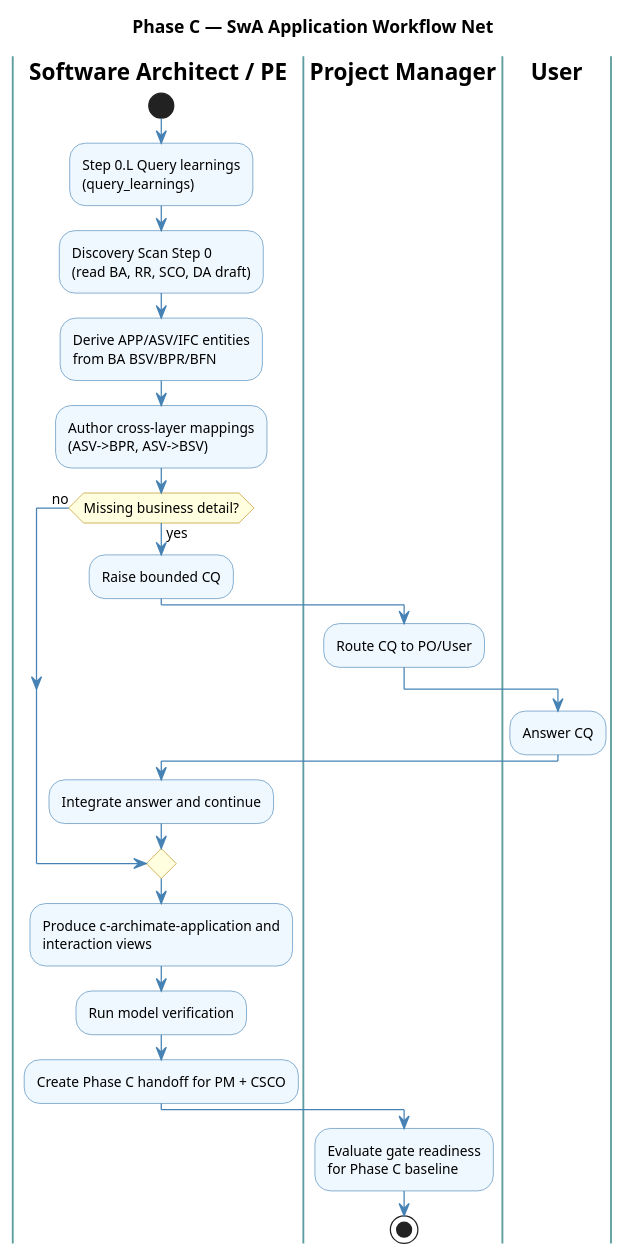
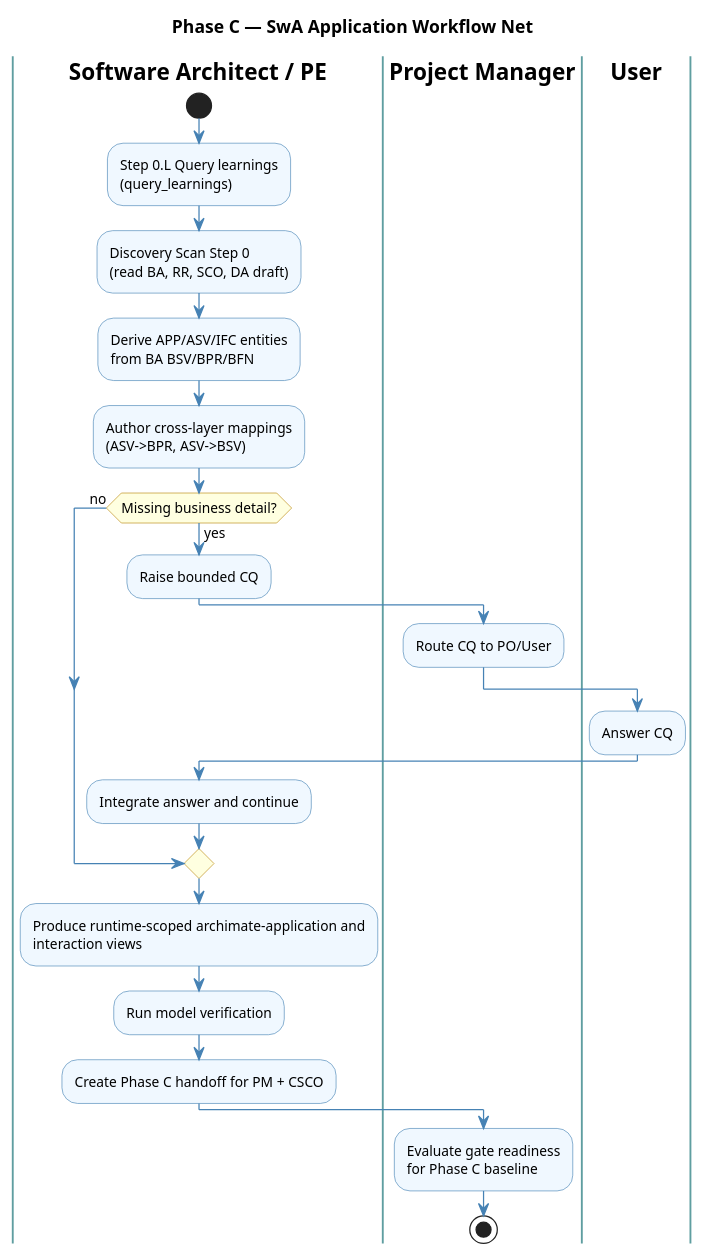
The diagram in engagements/ENG-001/work-repositories/architecture-repository/diagram-catalog/diagrams/c-activity-swa-phase-c-application-workflow-v1.puml (mbauer83/sdlc-multi-agent-system), drawn with PlantUML before and after one commit. The commit also changed 24 other files, not shown here.

Commit message:
Align runtime diagrams and enforce @@ connection ID contract

```diff
--- a/engagements/ENG-001/work-repositories/architecture-repository/diagram-catalog/diagrams/c-activity-swa-phase-c-application-workflow-v1.puml
+++ b/engagements/ENG-001/work-repositories/architecture-repository/diagram-catalog/diagrams/c-activity-swa-phase-c-application-workflow-v1.puml
@@ -26,48 +26,48 @@
 @startuml c-activity-swa-phase-c-application-workflow-v1
 title Phase C — SwA Application Workflow Net
 
 skinparam activity {
   BackgroundColor AliceBlue
   BorderColor SteelBlue
   DiamondBackgroundColor LightYellow
   DiamondBorderColor DarkGoldenrod
   ArrowColor SteelBlue
   FontSize 11
 }
 skinparam swimlane {
   BorderColor CadetBlue
   TitleFontStyle bold
 }
 
 |Software Architect / PE|
 start
 :Step 0.L Query learnings
 (query_learnings);
 :Discovery Scan Step 0
 (read BA, RR, SCO, DA draft);
 :Derive APP/ASV/IFC entities
 from BA BSV/BPR/BFN;
 :Author cross-layer mappings
 (ASV->BPR, ASV->BSV);
 
 if (Missing business detail?) then (yes)
   :Raise bounded CQ;
   |Project Manager|
   :Route CQ to PO/User;
   |User|
   :Answer CQ;
   |Software Architect / PE|
   :Integrate answer and continue;
 else (no)
 endif
 
-:Produce c-archimate-application and
+:Produce runtime-scoped archimate-application and
 interaction views;
 :Run model verification;
 :Create Phase C handoff for PM + CSCO;
 
 |Project Manager|
 :Evaluate gate readiness
 for Phase C baseline;
 stop
 @enduml
```
